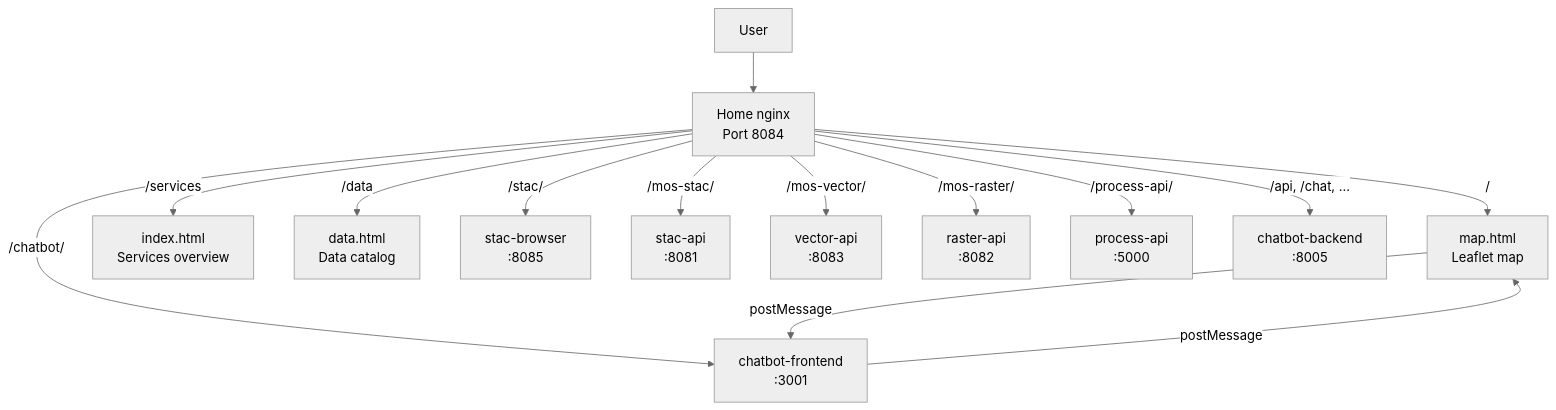
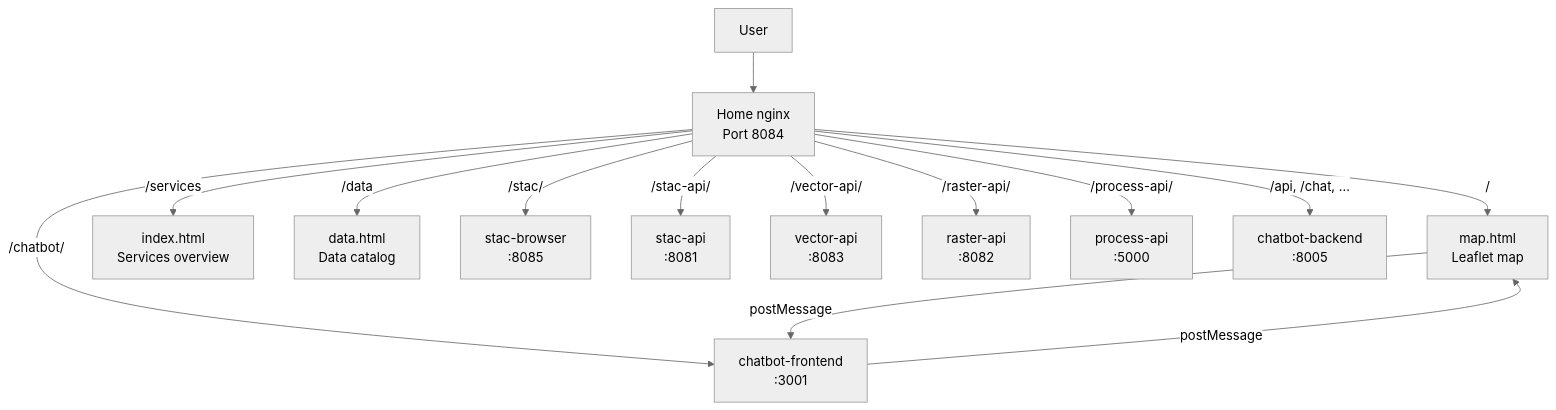
Before and after one commit to jeremie-durand/Agri-SDSS: the diagram in frontend/home/README.md, drawn with Mermaid (neutral theme). The commit also changed other lines of this file and 23 other files, not shown here.

````diff
--- a/frontend/home/README.md
+++ b/frontend/home/README.md
@@ -26,19 +26,19 @@
 ```mermaid
 graph TD
     User --> Home[Home nginx<br/>Port 8084]
 
     Home -->|/| Map[map.html<br/>Leaflet map]
     Home -->|/services| Services[index.html<br/>Services overview]
     Home -->|/data| Data[data.html<br/>Data catalog]
     Home -->|/stac/| STAC[stac-browser<br/>:8085]
     Home -->|/chatbot/| Chatbot[chatbot-frontend<br/>:3001]
 
-    Home -->|/mos-stac/| StacAPI[stac-api<br/>:8081]
-    Home -->|/mos-vector/| VectorAPI[vector-api<br/>:8083]
-    Home -->|/mos-raster/| RasterAPI[raster-api<br/>:8082]
+    Home -->|/stac-api/| StacAPI[stac-api<br/>:8081]
+    Home -->|/vector-api/| VectorAPI[vector-api<br/>:8083]
+    Home -->|/raster-api/| RasterAPI[raster-api<br/>:8082]
     Home -->|/process-api/| PyGeoAPI[process-api<br/>:5000]
     Home -->|/api, /chat, ...| ChatbotAPI[chatbot-backend<br/>:8005]
 
     Map -->|postMessage| Chatbot
     Chatbot -->|postMessage| Map
 ```
````
